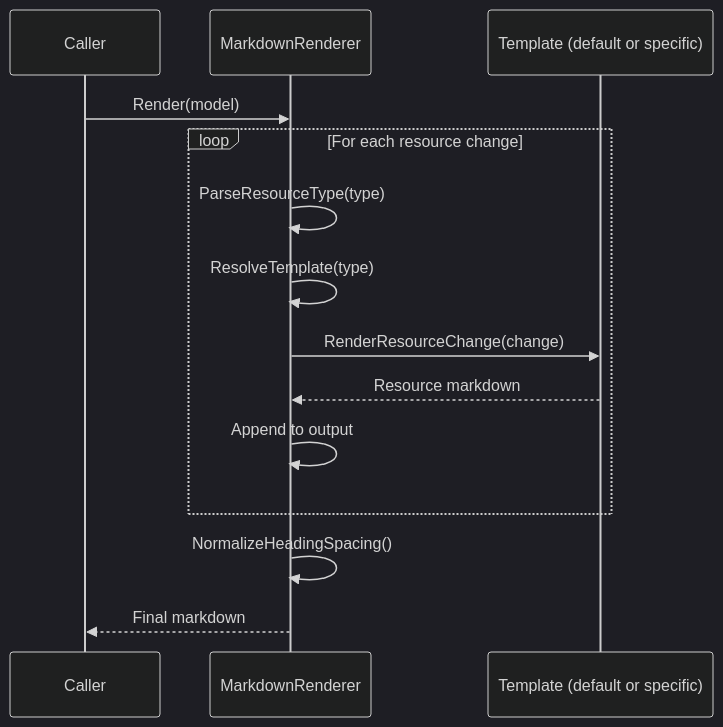
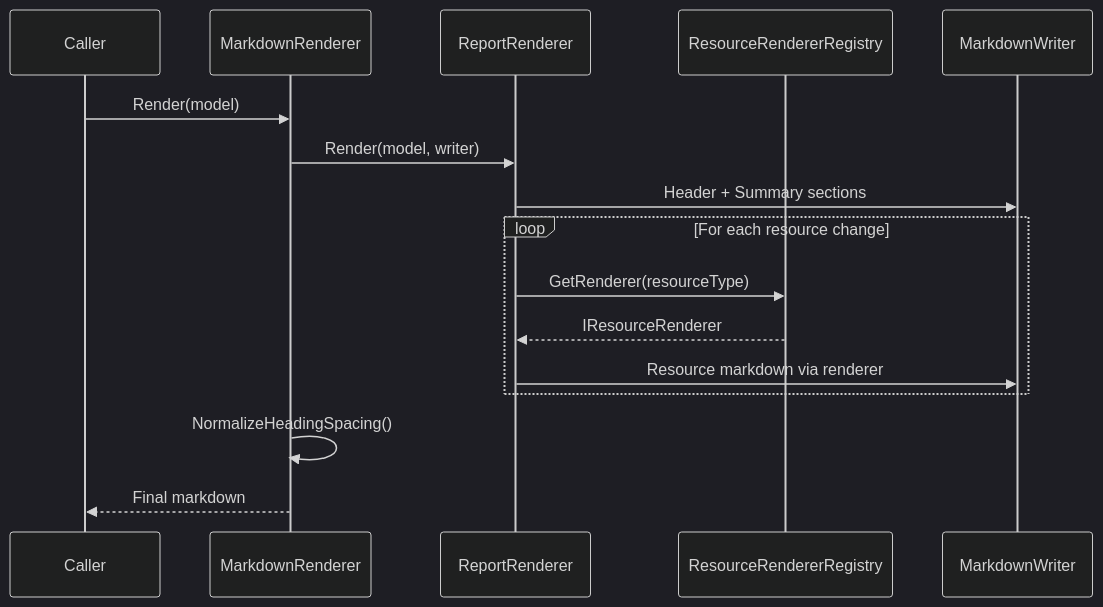
Diagram 15 of 17 in docs/architecture.md (oocx/tfplan2md), drawn with Mermaid before and after one commit. The commit also changed other lines of this file and 23 other files, not shown here.

````diff
--- a/docs/architecture.md
+++ b/docs/architecture.md
@@ -1359,20 +1300,22 @@
 ```mermaid
 %%{init: {'theme':'dark', 'themeVariables': { 'fontSize':'16px', 'fontFamily':'ui-sans-serif, system-ui, sans-serif'}}}%%
 sequenceDiagram
     participant Caller
     participant Renderer as MarkdownRenderer
-    participant Template as Template (default or specific)
+    participant Report as ReportRenderer
+    participant Registry as ResourceRendererRegistry
+    participant Writer as MarkdownWriter
     
     Caller->>Renderer: Render(model)
+    Renderer->>Report: Render(model, writer)
+    Report->>Writer: Header + Summary sections
     
     loop For each resource change
-        Renderer->>Renderer: ParseResourceType(type)
-        Renderer->>Renderer: ResolveTemplate(type)
-        Renderer->>Template: RenderResourceChange(change)
-        Template-->>Renderer: Resource markdown
-        Renderer->>Renderer: Append to output
+        Report->>Registry: GetRenderer(resourceType)
+        Registry-->>Report: IResourceRenderer
+        Report->>Writer: Resource markdown via renderer
     end
     
     Renderer->>Renderer: NormalizeHeadingSpacing()
     Renderer-->>Caller: Final markdown
 ```
````
